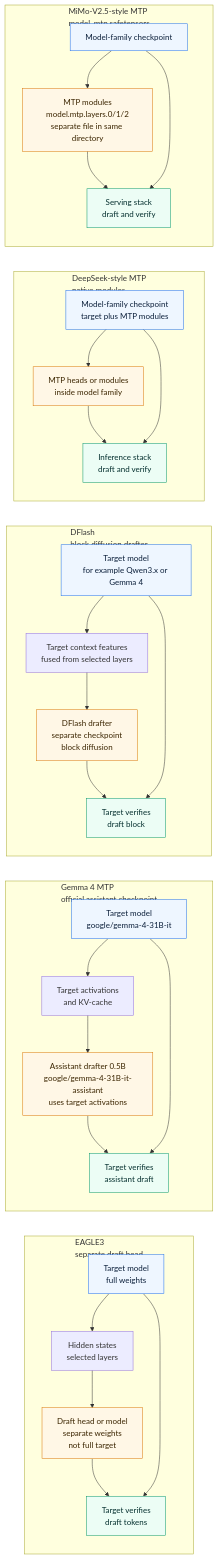
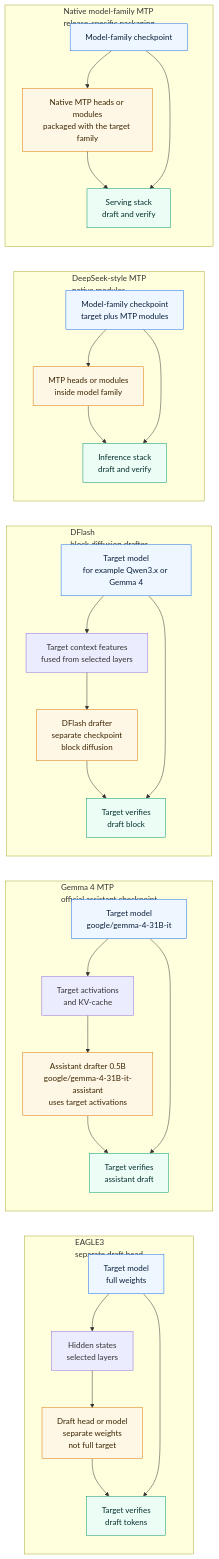
The second of 3 diagrams in Deep-Learning/Speculative-Decoding-EAGLE3/README.md (david-xinyuwei/david-share), drawn with Mermaid before and after one commit. The commit also changed other lines of this file and 2 other files, not shown here.

First line of the commit message:
refactor: generalize repo title to Speculative Decoding, remove MiMo case, rewrite simulated acceptance with token timeline example and 4-hyperparameter explanation, align bilingual sections

````diff
--- a/Deep-Learning/Speculative-Decoding-EAGLE3/README.md
+++ b/Deep-Learning/Speculative-Decoding-EAGLE3/README.md
@@ -214,60 +212,60 @@
 ```mermaid
 flowchart LR
   subgraph E3["EAGLE3<br/>separate draft head"]
     E3T["Target model<br/>full weights"]
     E3H["Hidden states<br/>selected layers"]
     E3D["Draft head or model<br/>separate weights<br/>not full target"]
     E3V["Target verifies<br/>draft tokens"]
     E3T --> E3H
     E3H --> E3D
     E3D --> E3V
     E3T --> E3V
   end
 
   subgraph G4["Gemma 4 MTP<br/>official assistant checkpoint"]
     G4T["Target model<br/>google/gemma-4-31B-it"]
     G4A["Target activations<br/>and KV-cache"]
     G4D["Assistant drafter 0.5B<br/>google/gemma-4-31B-it-assistant<br/>uses target activations"]
     G4V["Target verifies<br/>assistant draft"]
     G4T --> G4A
     G4A --> G4D
     G4D --> G4V
     G4T --> G4V
   end
 
   subgraph DF["DFlash<br/>block diffusion drafter"]
     DFT["Target model<br/>for example Qwen3.x or Gemma 4"]
     DFF["Target context features<br/>fused from selected layers"]
     DFD["DFlash drafter<br/>separate checkpoint<br/>block diffusion"]
     DFV["Target verifies<br/>draft block"]
     DFT --> DFF
     DFF --> DFD
     DFD --> DFV
     DFT --> DFV
   end
 
   subgraph DS["DeepSeek-style MTP<br/>native modules"]
     DST["Model-family checkpoint<br/>target plus MTP modules"]
     DSH["MTP heads or modules<br/>inside model family"]
     DSV["Inference stack<br/>draft and verify"]
     DST --> DSH
     DSH --> DSV
     DST --> DSV
   end
 
-  subgraph MM["MiMo-V2.5-style MTP<br/>model_mtp.safetensors"]
-    MMT["Model-family checkpoint"]
-    MMD["MTP modules<br/>model.mtp.layers.0/1/2<br/>separate file in same directory"]
-    MMV["Serving stack<br/>draft and verify"]
-    MMT --> MMD
-    MMD --> MMV
-    MMT --> MMV
+  subgraph NM["Native model-family MTP<br/>release-specific packaging"]
+    NMT["Model-family checkpoint"]
+    NMD["Native MTP heads or modules<br/>packaged with the target family"]
+    NMV["Serving stack<br/>draft and verify"]
+    NMT --> NMD
+    NMD --> NMV
+    NMT --> NMV
   end
 
   classDef target fill:#eef6ff,stroke:#1f6feb,color:#0b1f3a
   classDef drafter fill:#fff7e6,stroke:#d97706,color:#3b2500
   classDef verify fill:#ecfdf5,stroke:#059669,color:#042f2e
-  class E3T,G4T,DFT,DST,MMT target
-  class E3D,G4D,DFD,DSH,MMD drafter
-  class E3V,G4V,DFV,DSV,MMV verify
+  class E3T,G4T,DFT,DST,NMT target
+  class E3D,G4D,DFD,DSH,NMD drafter
+  class E3V,G4V,DFV,DSV,NMV verify
 ```
````
